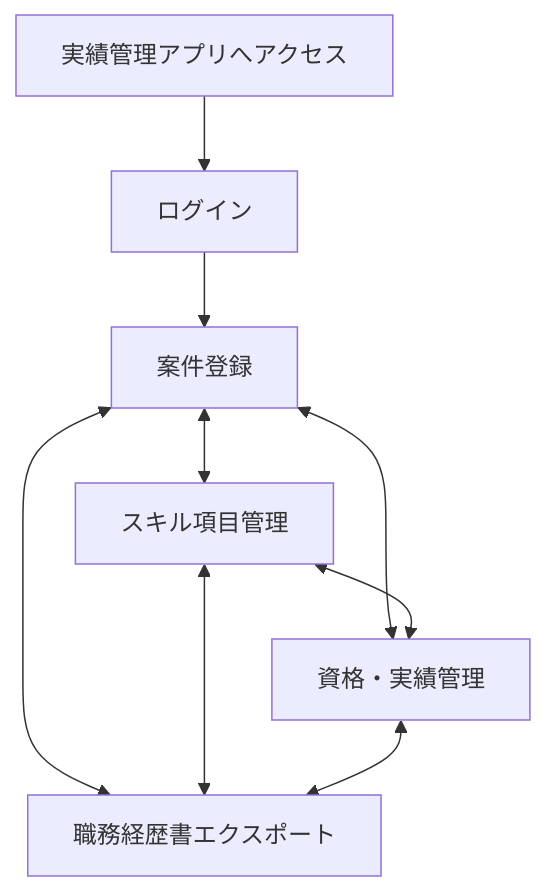
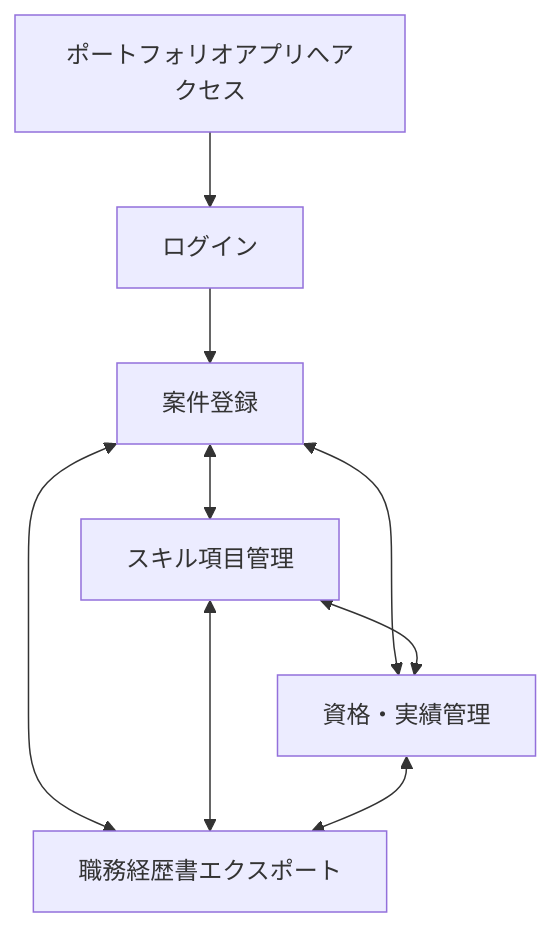
The fourth of 5 diagrams in docs/02.design/DESIGN.md (Seiya-Nakagawa/Portfolio), drawn with Mermaid before and after one commit. The commit also changed other lines of this file and 1 other file, not shown here.

````diff
--- a/docs/02.design/DESIGN.md
+++ b/docs/02.design/DESIGN.md
@@ -283,11 +282,11 @@
 ```mermaid
 flowchart TD
-    Start["実績管理アプリへアクセス"] --> Login["ログイン"]
+    Start["ポートフォリオアプリへアクセス"] --> Login["ログイン"]
     Login --> Project["案件登録"]
     Project <--> Skill["スキル項目管理"]
     Project <--> CertWork["資格・実績管理"]
     Project <--> Output["職務経歴書エクスポート"]
     Skill <--> CertWork
     Skill <--> Output
     CertWork <--> Output
 ```
````
